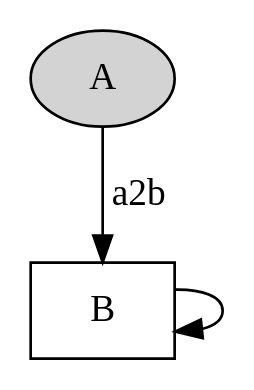
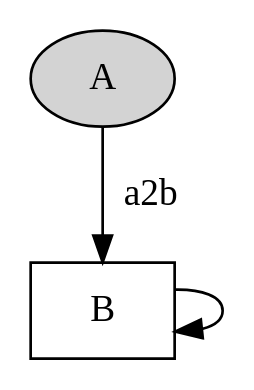
One commit to slebok/slepro changed the diagram in languages/dgl/sample-graph.dot. Above: the diagram before and after it, drawn with Graphviz. The commit also changed 17 other files, not shown here.

```diff
--- a/languages/dgl/sample-graph.dot
+++ b/languages/dgl/sample-graph.dot
@@ -1,6 +1,6 @@
 digraph G {
   a [label="A", shape=ellipse, style=filled]
   b [label="B", shape=box]
-  a -> b [label="a2b"]
+  a -> b [label=" a2b "]
   b -> b
 }
```
